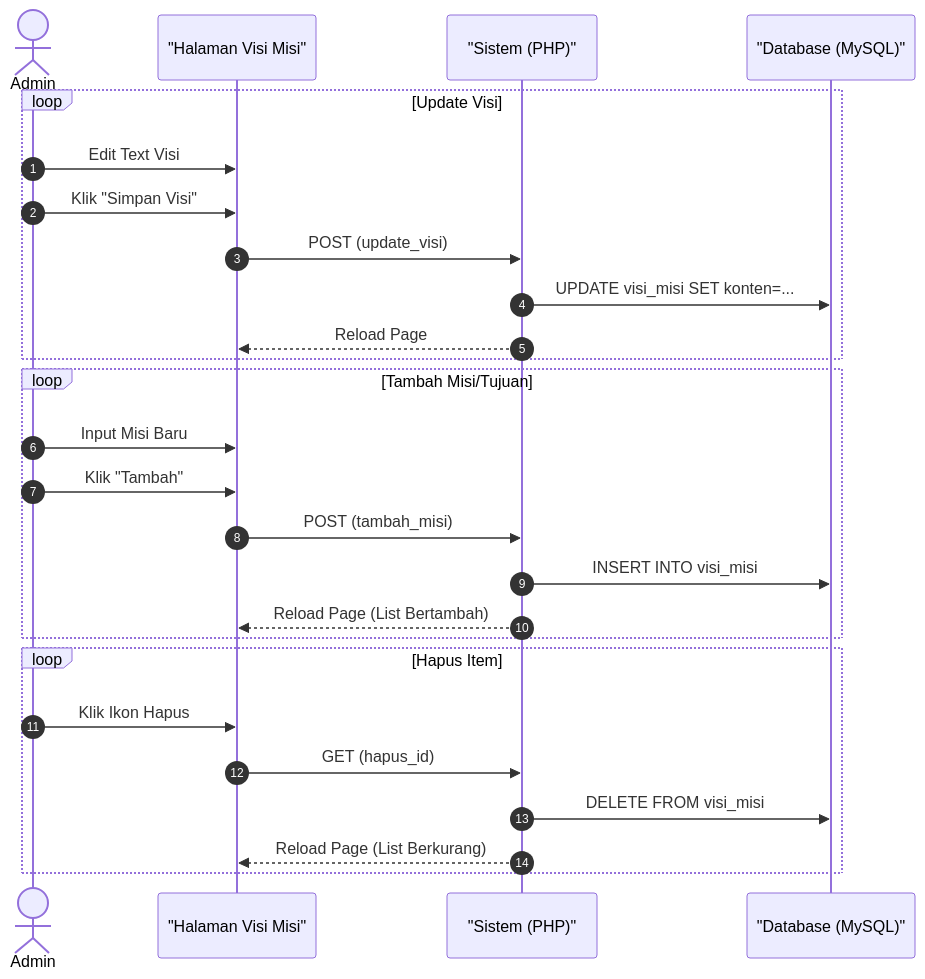
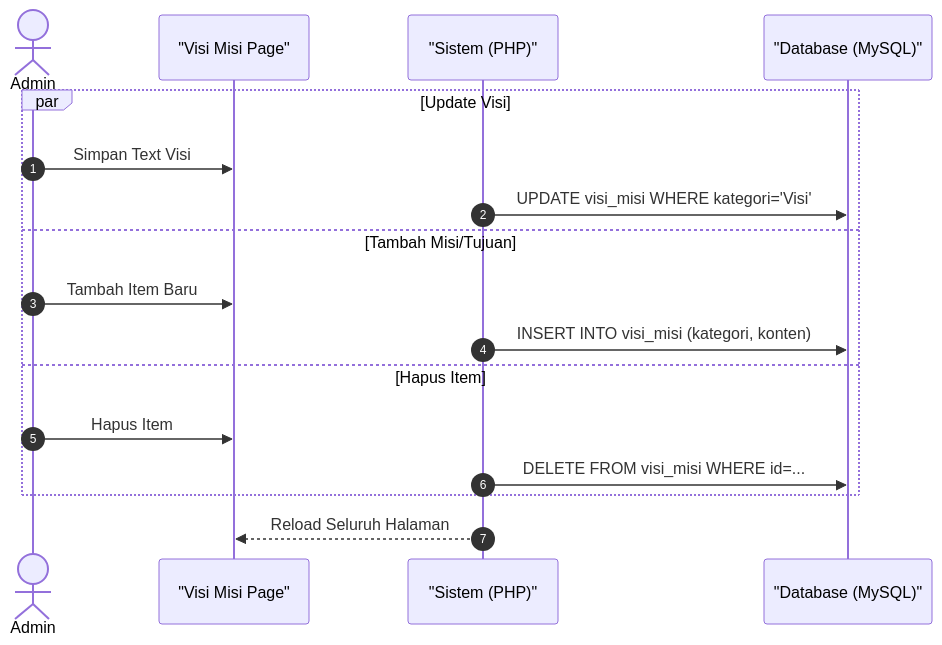
Before and after one commit to arbain-dev/Web_fikom: the tenth of 10 diagrams in docs/sequence_diagram_admin.md, drawn with Mermaid. The commit also changed other lines of this file, not shown here.

Commit message:
Add comprehensive sequence diagrams for all admin modules

````diff
--- a/docs/sequence_diagram_admin.md
+++ b/docs/sequence_diagram_admin.md
@@ -184,31 +341,21 @@
 ```mermaid
 sequenceDiagram
     autonumber
     actor Admin
-    participant View as "Halaman Visi Misi"
+    participant View as "Visi Misi Page"
     participant System as "Sistem (PHP)"
     participant DB as "Database (MySQL)"
 
-    loop Update Visi
-        Admin->>View: Edit Text Visi
-        Admin->>View: Klik "Simpan Visi"
-        View->>System: POST (update_visi)
-        System->>DB: UPDATE visi_misi SET konten=...
-        System-->>View: Reload Page
+    par Update Visi
+        Admin->>View: Simpan Text Visi
+        System->>DB: UPDATE visi_misi WHERE kategori='Visi'
+    and Tambah Misi/Tujuan
+        Admin->>View: Tambah Item Baru
+        System->>DB: INSERT INTO visi_misi (kategori, konten)
+    and Hapus Item
+        Admin->>View: Hapus Item
+        System->>DB: DELETE FROM visi_misi WHERE id=...
     end
-
-    loop Tambah Misi/Tujuan
-        Admin->>View: Input Misi Baru
-        Admin->>View: Klik "Tambah"
-        View->>System: POST (tambah_misi)
-        System->>DB: INSERT INTO visi_misi
-        System-->>View: Reload Page (List Bertambah)
-    end
-
-    loop Hapus Item
-        Admin->>View: Klik Ikon Hapus
-        View->>System: GET (hapus_id)
-        System->>DB: DELETE FROM visi_misi
-        System-->>View: Reload Page (List Berkurang)
-    end
+    
+    System-->>View: Reload Seluruh Halaman
 ```
````
